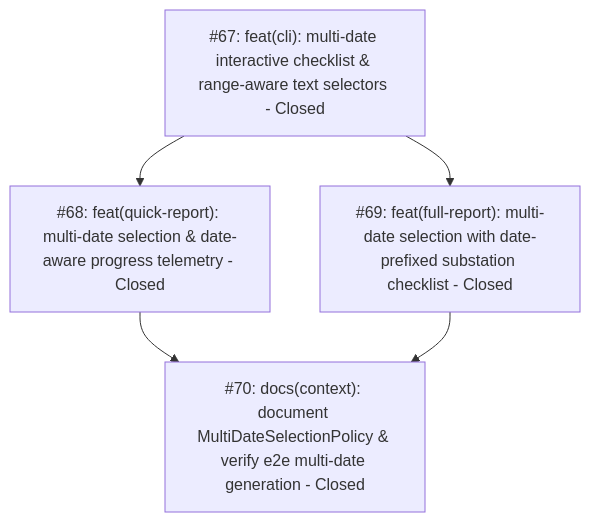
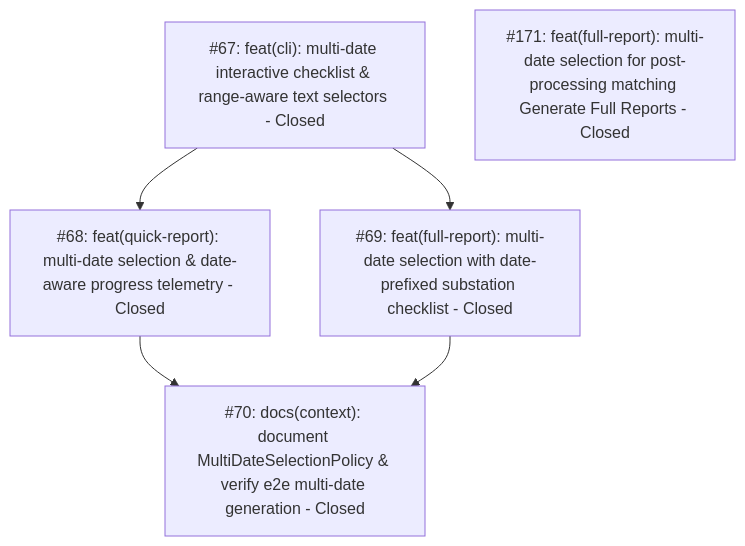
The diagram in .wayfinder/multi-date-report-generation/map.md (adamlarGit/pahang-cli), drawn with Mermaid before and after one commit. The commit also changed other lines of this file and 1 other file, not shown here.

````diff
--- a/.wayfinder/multi-date-report-generation/map.md
+++ b/.wayfinder/multi-date-report-generation/map.md
@@ -35,12 +35,13 @@
 ```mermaid
 graph TD
     T67["#67: feat(cli): multi-date interactive checklist & range-aware text selectors - Closed"]
     T68["#68: feat(quick-report): multi-date selection & date-aware progress telemetry - Closed"]
     T69["#69: feat(full-report): multi-date selection with date-prefixed substation checklist - Closed"]
     T70["#70: docs(context): document MultiDateSelectionPolicy & verify e2e multi-date generation - Closed"]
 
     T67 --> T68
     T67 --> T69
     T68 --> T70
     T69 --> T70
+    T171["#171: feat(full-report): multi-date selection for post-processing matching Generate Full Reports - Closed"]
 ```
````
